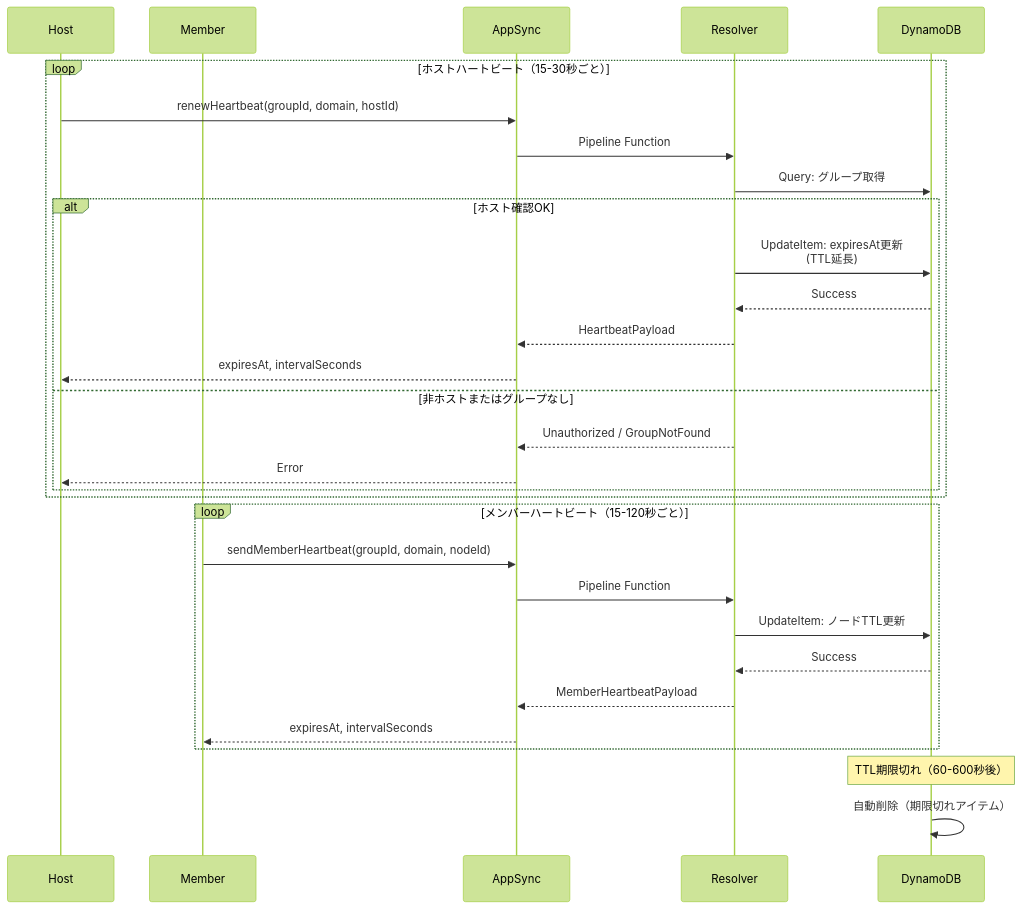
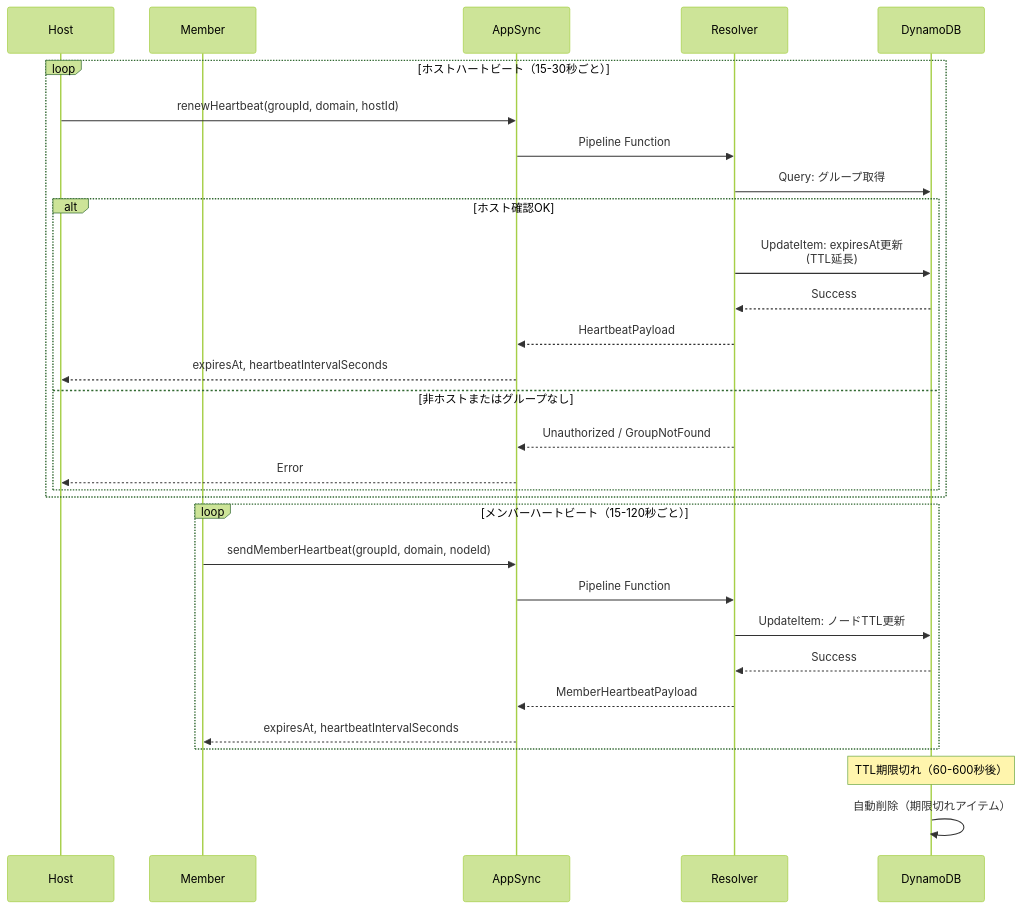
Before and after one commit to smalruby/mesh-v2: the sixth of 10 diagrams in docs/architecture.md, drawn with Mermaid (forest theme). The commit also changed other lines of this file and 3 other files, not shown here.

First line of the commit message:
docs: update heartbeat documentation and reflect MESH_MAX_CONNECTION_TIME_SECONDS

````diff
--- a/docs/architecture.md
+++ b/docs/architecture.md
@@ -194,35 +194,35 @@
 ```mermaid
 sequenceDiagram
     participant Host
     participant Member
     participant AppSync
     participant Resolver
     participant DynamoDB
 
     loop ホストハートビート（15-30秒ごと）
         Host->>AppSync: renewHeartbeat(groupId, domain, hostId)
         AppSync->>Resolver: Pipeline Function
         Resolver->>DynamoDB: Query: グループ取得
         alt ホスト確認OK
             Resolver->>DynamoDB: UpdateItem: expiresAt更新<br/>(TTL延長)
             DynamoDB-->>Resolver: Success
             Resolver-->>AppSync: HeartbeatPayload
-            AppSync-->>Host: expiresAt, intervalSeconds
+            AppSync-->>Host: expiresAt, heartbeatIntervalSeconds
         else 非ホストまたはグループなし
             Resolver-->>AppSync: Unauthorized / GroupNotFound
             AppSync-->>Host: Error
         end
     end
 
     loop メンバーハートビート（15-120秒ごと）
         Member->>AppSync: sendMemberHeartbeat(groupId, domain, nodeId)
         AppSync->>Resolver: Pipeline Function
         Resolver->>DynamoDB: UpdateItem: ノードTTL更新
         DynamoDB-->>Resolver: Success
         Resolver-->>AppSync: MemberHeartbeatPayload
-        AppSync-->>Member: expiresAt, intervalSeconds
+        AppSync-->>Member: expiresAt, heartbeatIntervalSeconds
     end
 
     Note over DynamoDB: TTL期限切れ（60-600秒後）
     DynamoDB->>DynamoDB: 自動削除（期限切れアイテム）
 ```
````
